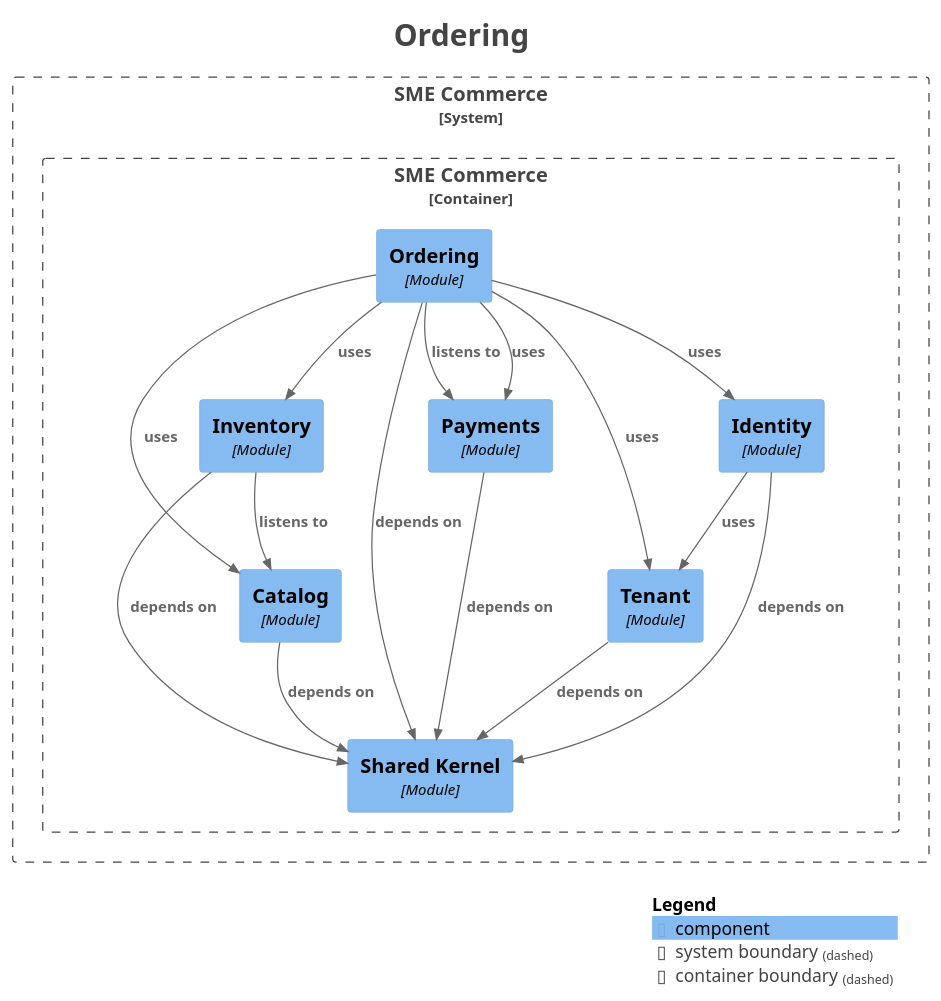
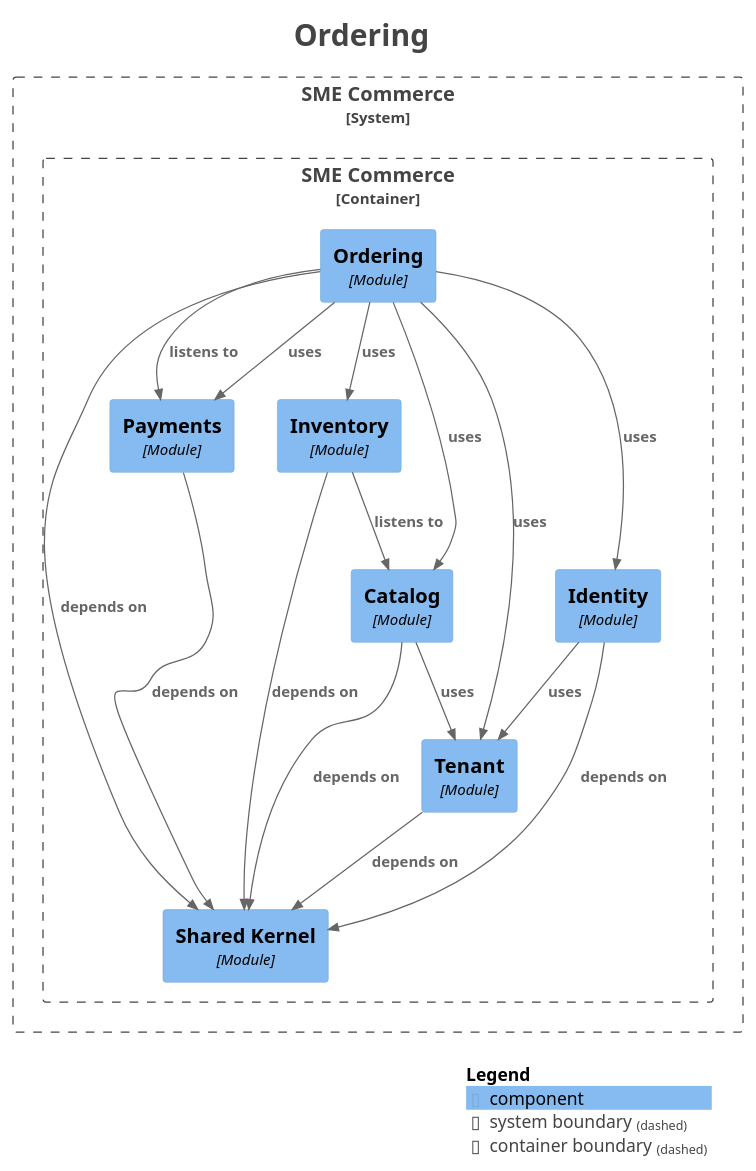
Before and after one commit to hezronokwach/sme-commerce-platform: the diagram in docs/modules/module-ordering.puml, drawn with PlantUML. The commit also changed 23 other files, not shown here.

```diff
--- a/docs/modules/module-ordering.puml
+++ b/docs/modules/module-ordering.puml
@@ -1,48 +1,49 @@
 @startuml
 title <size:24>Ordering</size>
 
 set separator none
 top to bottom direction
 
 <style>
   root {
     BackgroundColor: #ffffff
     FontColor: #444444
   }
 </style>
 
 !include <C4/C4>
 !include <C4/C4_Context>
 !include <C4/C4_Component>
 
 System_Boundary("SMECommerce_boundary", "SME Commerce", $tags="") {
   Container_Boundary("SMECommerce.SMECommerce_boundary", "SME Commerce", $tags="") {
     Component(SMECommerce.SMECommerce.Inventory, "Inventory", $techn="Module", $descr="", $tags="", $link="")
     Component(SMECommerce.SMECommerce.Ordering, "Ordering", $techn="Module", $descr="", $tags="", $link="")
     Component(SMECommerce.SMECommerce.SharedKernel, "Shared Kernel", $techn="Module", $descr="", $tags="", $link="")
-    Component(SMECommerce.SMECommerce.Catalog, "Catalog", $techn="Module", $descr="", $tags="", $link="")
     Component(SMECommerce.SMECommerce.Payments, "Payments", $techn="Module", $descr="", $tags="", $link="")
     Component(SMECommerce.SMECommerce.Tenant, "Tenant", $techn="Module", $descr="", $tags="", $link="")
+    Component(SMECommerce.SMECommerce.Catalog, "Catalog", $techn="Module", $descr="", $tags="", $link="")
     Component(SMECommerce.SMECommerce.Identity, "Identity", $techn="Module", $descr="", $tags="", $link="")
   }
 
 }
 
+Rel(SMECommerce.SMECommerce.Payments, SMECommerce.SMECommerce.SharedKernel, "depends on", $techn="", $tags="", $link="")
+Rel(SMECommerce.SMECommerce.Identity, SMECommerce.SMECommerce.SharedKernel, "depends on", $techn="", $tags="", $link="")
+Rel(SMECommerce.SMECommerce.Identity, SMECommerce.SMECommerce.Tenant, "uses", $techn="", $tags="", $link="")
+Rel(SMECommerce.SMECommerce.Inventory, SMECommerce.SMECommerce.Catalog, "listens to", $techn="", $tags="", $link="")
+Rel(SMECommerce.SMECommerce.Inventory, SMECommerce.SMECommerce.SharedKernel, "depends on", $techn="", $tags="", $link="")
 Rel(SMECommerce.SMECommerce.Tenant, SMECommerce.SMECommerce.SharedKernel, "depends on", $techn="", $tags="", $link="")
+Rel(SMECommerce.SMECommerce.Catalog, SMECommerce.SMECommerce.SharedKernel, "depends on", $techn="", $tags="", $link="")
+Rel(SMECommerce.SMECommerce.Catalog, SMECommerce.SMECommerce.Tenant, "uses", $techn="", $tags="", $link="")
 Rel(SMECommerce.SMECommerce.Ordering, SMECommerce.SMECommerce.Payments, "listens to", $techn="", $tags="", $link="")
 Rel(SMECommerce.SMECommerce.Ordering, SMECommerce.SMECommerce.SharedKernel, "depends on", $techn="", $tags="", $link="")
 Rel(SMECommerce.SMECommerce.Ordering, SMECommerce.SMECommerce.Tenant, "uses", $techn="", $tags="", $link="")
 Rel(SMECommerce.SMECommerce.Ordering, SMECommerce.SMECommerce.Inventory, "uses", $techn="", $tags="", $link="")
 Rel(SMECommerce.SMECommerce.Ordering, SMECommerce.SMECommerce.Catalog, "uses", $techn="", $tags="", $link="")
 Rel(SMECommerce.SMECommerce.Ordering, SMECommerce.SMECommerce.Identity, "uses", $techn="", $tags="", $link="")
 Rel(SMECommerce.SMECommerce.Ordering, SMECommerce.SMECommerce.Payments, "uses", $techn="", $tags="", $link="")
-Rel(SMECommerce.SMECommerce.Payments, SMECommerce.SMECommerce.SharedKernel, "depends on", $techn="", $tags="", $link="")
-Rel(SMECommerce.SMECommerce.Catalog, SMECommerce.SMECommerce.SharedKernel, "depends on", $techn="", $tags="", $link="")
-Rel(SMECommerce.SMECommerce.Inventory, SMECommerce.SMECommerce.Catalog, "listens to", $techn="", $tags="", $link="")
-Rel(SMECommerce.SMECommerce.Inventory, SMECommerce.SMECommerce.SharedKernel, "depends on", $techn="", $tags="", $link="")
-Rel(SMECommerce.SMECommerce.Identity, SMECommerce.SMECommerce.SharedKernel, "depends on", $techn="", $tags="", $link="")
-Rel(SMECommerce.SMECommerce.Identity, SMECommerce.SMECommerce.Tenant, "uses", $techn="", $tags="", $link="")
 
 SHOW_LEGEND(true)
 hide stereotypes
 @enduml
```
